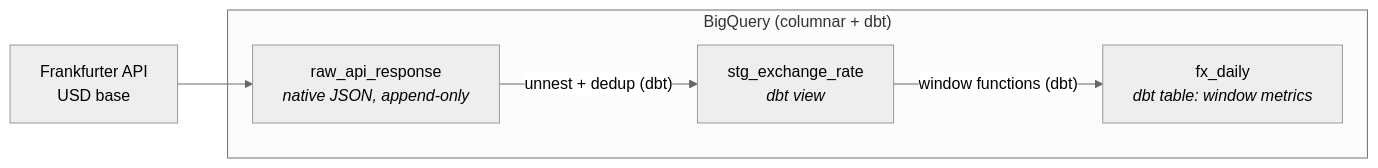
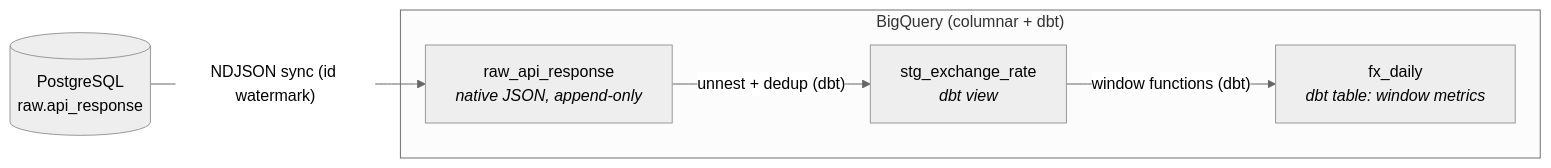
The second of 2 diagrams in README.md (Kirakiraz/fx-elt-pipeline), drawn with Mermaid (neutral theme) before and after one commit. The commit also changed other lines of this file, not shown here.

````diff
--- a/README.md
+++ b/README.md
@@ -53,13 +52,13 @@
 ```mermaid
 flowchart LR
-    API[Frankfurter API<br/>USD base] --> R
+    PG[(PostgreSQL<br/>raw.api_response)] -->|"NDJSON sync (id watermark)"| R
 
     subgraph BigQuery["BigQuery (columnar + dbt)"]
         R[raw_api_response<br/><i>native JSON, append-only</i>]
         S["stg_exchange_rate<br/><i>dbt view</i>"]
         OBT["fx_daily<br/><i>dbt table: window metrics</i>"]
 
         R -->|"unnest + dedup (dbt)"| S
         S -->|"window functions (dbt)"| OBT
     end
 ```
````
